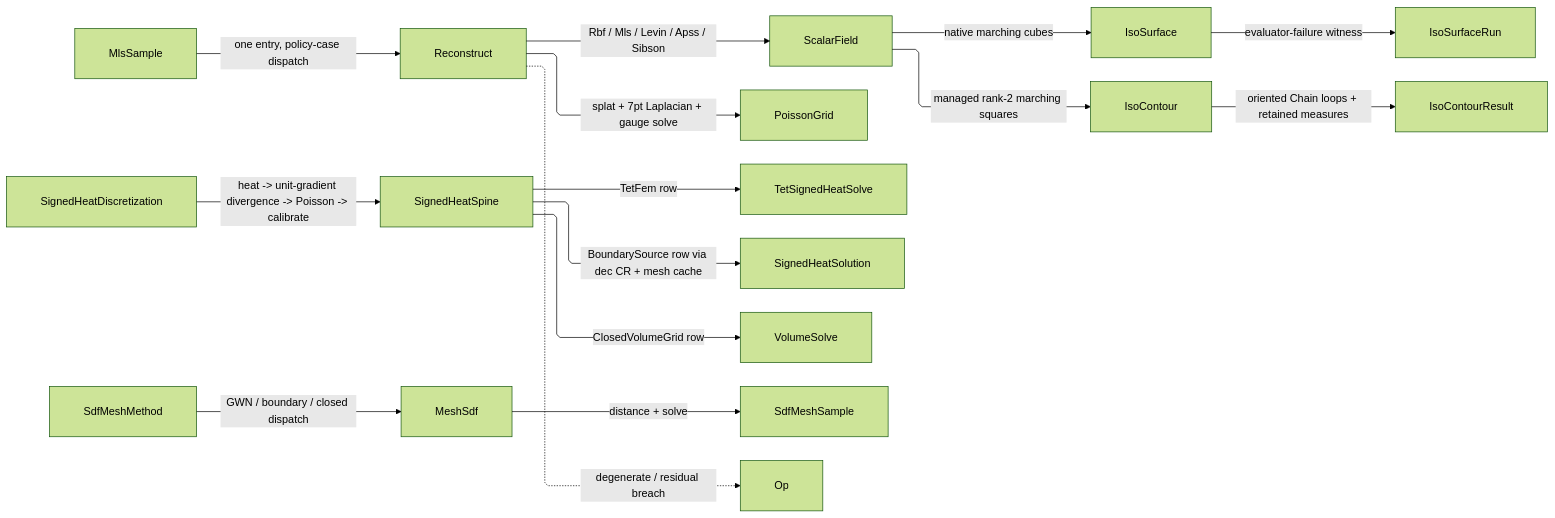
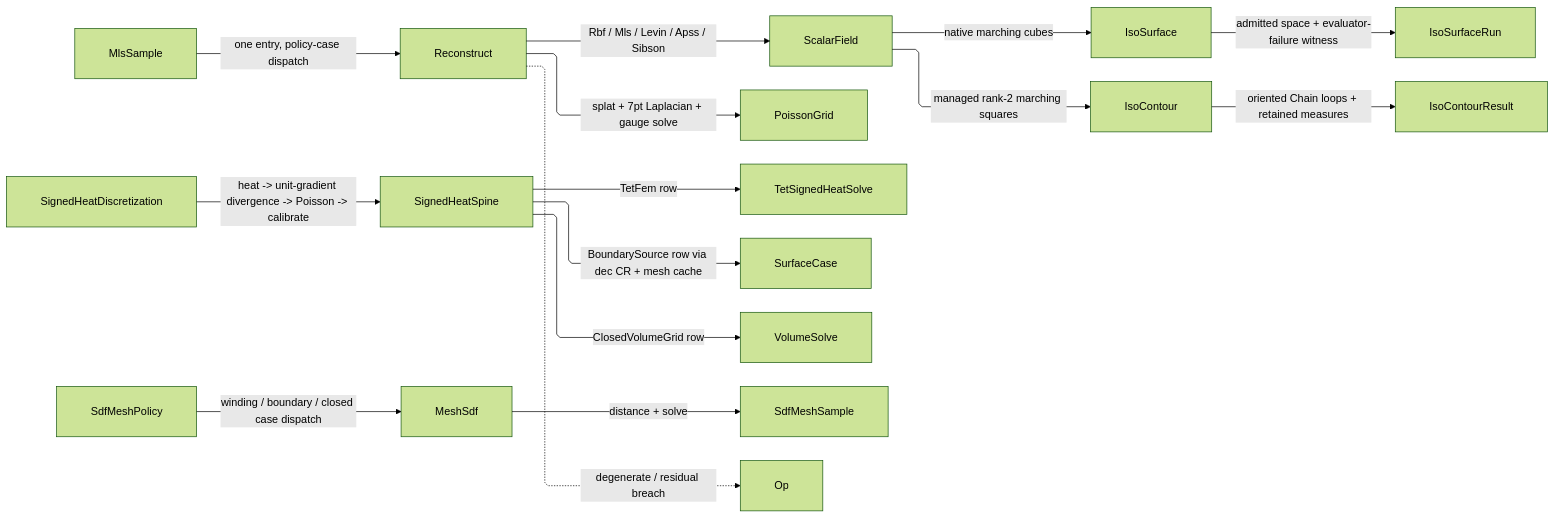
The diagram in libs/dotnet/Rasm/.planning/Meshing/reconstruct.md (bsamiee/Rasm), drawn with Mermaid (forest theme) before and after one commit. The commit also changed other lines of this file and 55 other files, not shown here.

````diff
--- a/libs/dotnet/Rasm/.planning/Meshing/reconstruct.md
+++ b/libs/dotnet/Rasm/.planning/Meshing/reconstruct.md
@@ -879,26 +752,26 @@
 ```mermaid
 ---
 config:
   layout: elk
   flowchart:
     curve: linear
     padding: 25
 ---
 flowchart LR
     accTitle: Reconstruction dispatch
     accDescr: Reconstruction policies produce scalar fields, signed heat shares one spine, and native extraction returns typed evidence.
     MlsSample -->|one entry, policy-case dispatch| Reconstruct
     Reconstruct -->|Rbf / Mls / Levin / Apss / Sibson| ScalarField
     Reconstruct -->|splat + 7pt Laplacian + gauge solve| PoissonGrid
     SignedHeatDiscretization -->|heat -> unit-gradient divergence -> Poisson -> calibrate| SignedHeatSpine
     SignedHeatSpine -->|TetFem row| TetSignedHeatSolve
-    SignedHeatSpine -->|BoundarySource row via dec CR + mesh cache| SignedHeatSolution
+    SignedHeatSpine -->|BoundarySource row via dec CR + mesh cache| SurfaceCase
     SignedHeatSpine -->|ClosedVolumeGrid row| VolumeSolve
-    SdfMeshMethod -->|GWN / boundary / closed dispatch| MeshSdf
+    SdfMeshPolicy -->|winding / boundary / closed case dispatch| MeshSdf
     MeshSdf -->|distance + solve| SdfMeshSample
     ScalarField -->|native marching cubes| IsoSurface
-    IsoSurface -->|evaluator-failure witness| IsoSurfaceRun
+    IsoSurface -->|admitted space + evaluator-failure witness| IsoSurfaceRun
     ScalarField -->|managed rank-2 marching squares| IsoContour
     IsoContour -->|oriented Chain loops + retained measures| IsoContourResult
     Reconstruct -.->|degenerate / residual breach| Op
 ```
````
